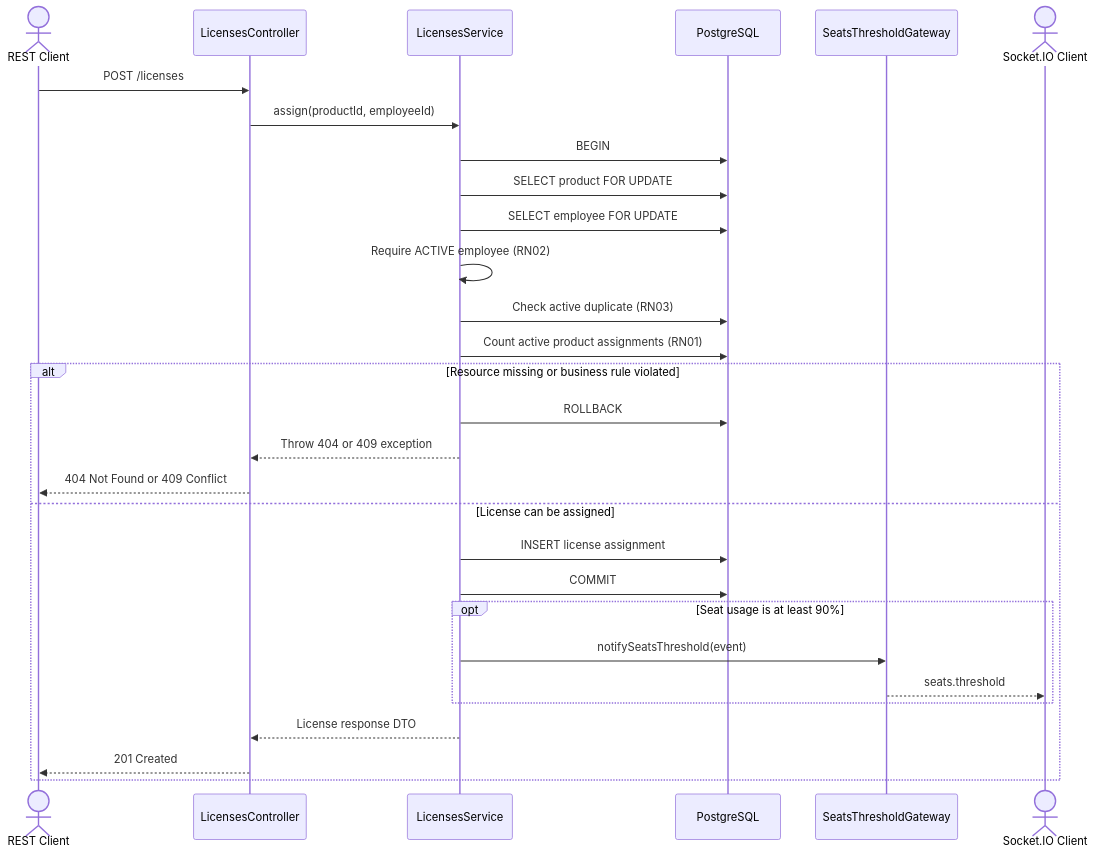
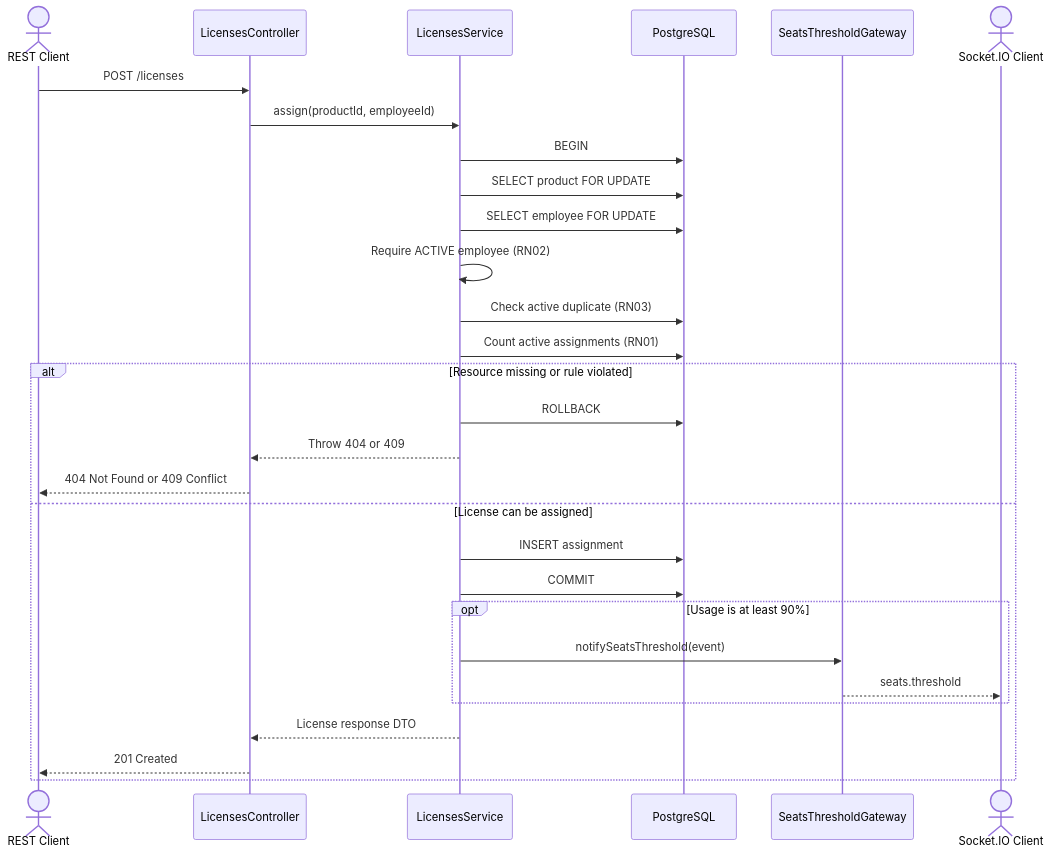
One commit to BrenoAlcaraz/licenseHub changed the third of 3 diagrams in README.md. Above: the diagram before and after it, drawn with Mermaid. The commit also changed other lines of this file, not shown here.

````diff
--- a/README.md
+++ b/README.md
@@ -344,33 +352,33 @@
 ```mermaid
 sequenceDiagram
-    actor ApiClient as REST Client
+    actor Client as REST Client
     participant Controller as LicensesController
     participant Service as LicensesService
     participant DB as PostgreSQL
     participant Gateway as SeatsThresholdGateway
     actor SocketClient as Socket.IO Client
 
-    ApiClient->>Controller: POST /licenses
+    Client->>Controller: POST /licenses
     Controller->>Service: assign(productId, employeeId)
     Service->>DB: BEGIN
     Service->>DB: SELECT product FOR UPDATE
     Service->>DB: SELECT employee FOR UPDATE
     Service->>Service: Require ACTIVE employee (RN02)
     Service->>DB: Check active duplicate (RN03)
-    Service->>DB: Count active product assignments (RN01)
+    Service->>DB: Count active assignments (RN01)
 
-    alt Resource missing or business rule violated
+    alt Resource missing or rule violated
         Service->>DB: ROLLBACK
-        Service-->>Controller: Throw 404 or 409 exception
-        Controller-->>ApiClient: 404 Not Found or 409 Conflict
+        Service-->>Controller: Throw 404 or 409
+        Controller-->>Client: 404 Not Found or 409 Conflict
     else License can be assigned
-        Service->>DB: INSERT license assignment
+        Service->>DB: INSERT assignment
         Service->>DB: COMMIT
-        opt Seat usage is at least 90%
+        opt Usage is at least 90%
             Service->>Gateway: notifySeatsThreshold(event)
             Gateway-->>SocketClient: seats.threshold
         end
         Service-->>Controller: License response DTO
-        Controller-->>ApiClient: 201 Created
+        Controller-->>Client: 201 Created
     end
 ```
````
